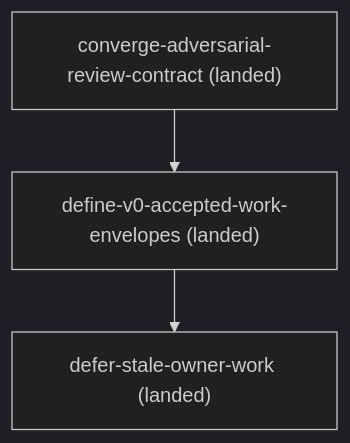
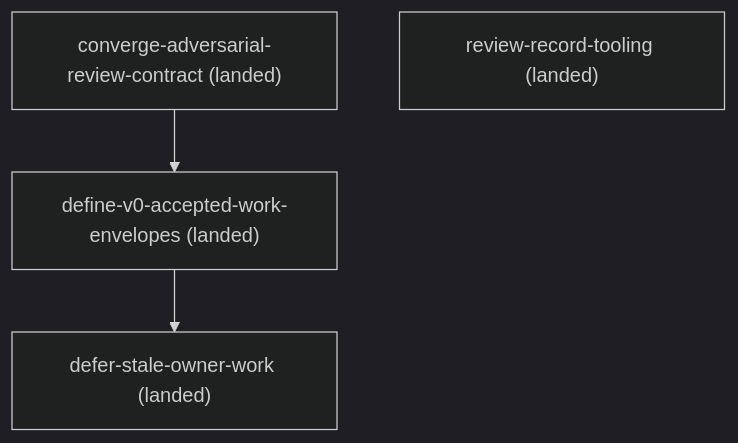
One commit to kli66/reviewed-change-orchestration changed the diagram in docs/roadmap.md. Above: the diagram before and after it, drawn with Mermaid (dark theme). The commit also changed other lines of this file and 4 other files, not shown here.

First line of the commit message:
feat(review): add offline review-record envelope tooling

````diff
--- a/docs/roadmap.md
+++ b/docs/roadmap.md
@@ -17,8 +18,9 @@
 ```mermaid
 flowchart TD
     converge_adversarial_review_contract["converge-adversarial-review-contract (landed)"]
     defer_stale_owner_work["defer-stale-owner-work (landed)"]
     define_v0_accepted_work_envelopes["define-v0-accepted-work-envelopes (landed)"]
+    review_record_tooling["review-record-tooling (landed)"]
     converge_adversarial_review_contract --> define_v0_accepted_work_envelopes
     define_v0_accepted_work_envelopes --> defer_stale_owner_work
 ```
````
